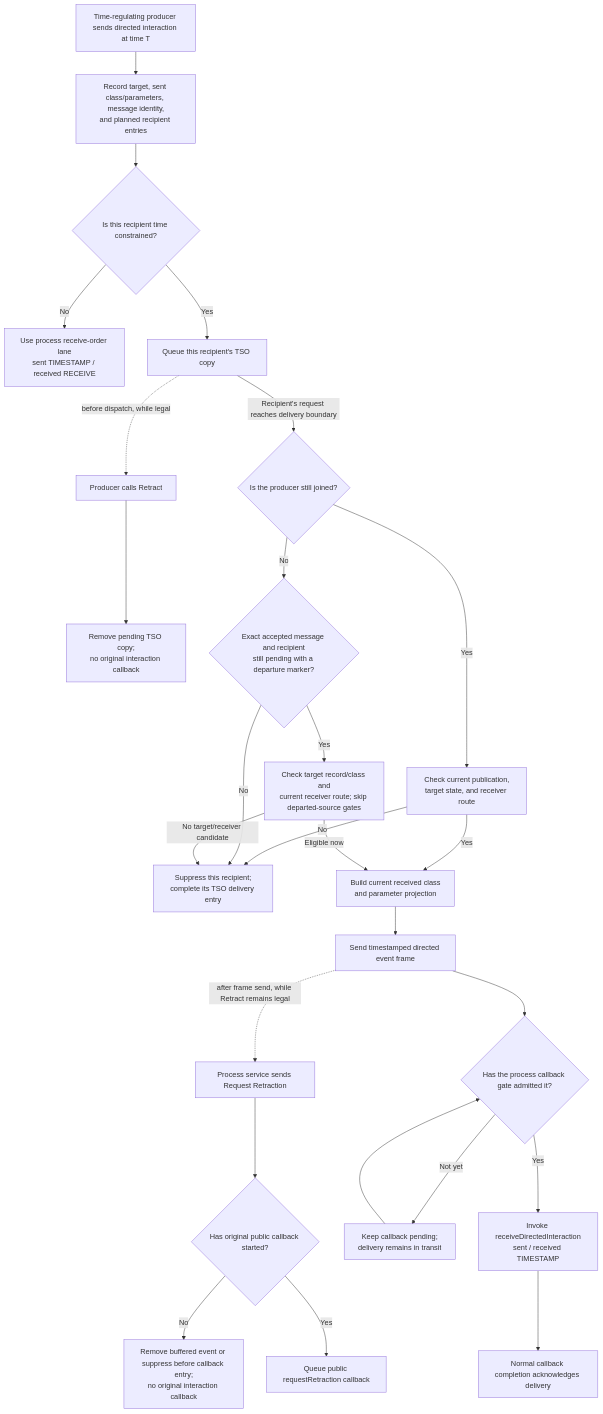
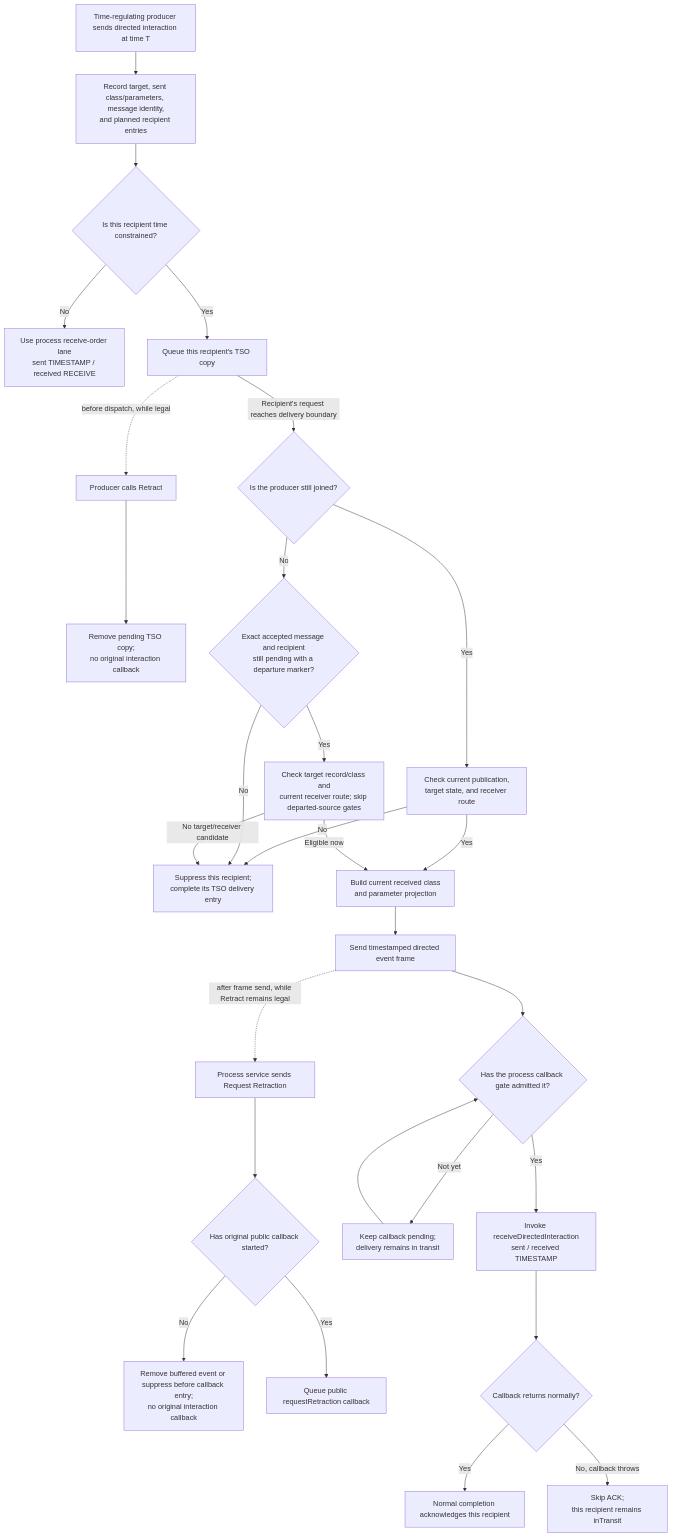
The eighth of 9 diagrams in docs/design/HLA-2025-DIRECTED-INTERACTION-FLOW-GUIDE.md (sheepfling/umbra), drawn with Mermaid before and after one commit. The commit also changed other lines of this file and 39 other files, not shown here.

Commit message:
Document IEEE 1516.1-2025 behavior flows

````diff
--- a/docs/design/HLA-2025-DIRECTED-INTERACTION-FLOW-GUIDE.md
+++ b/docs/design/HLA-2025-DIRECTED-INTERACTION-FLOW-GUIDE.md
@@ -452,29 +518,31 @@
 ```mermaid
 flowchart TD
   Send[Time-regulating producer sends directed interaction at time T]
   Send --> Save[Record target, sent class/parameters, message identity,<br/>and planned recipient entries]
   Save --> Classify{Is this recipient time constrained?}
   Classify -->|No| ReceiveOrder[Use process receive-order lane<br/>sent TIMESTAMP / received RECEIVE]
   Classify -->|Yes| Queue[Queue this recipient's TSO copy]
   Queue -->|Recipient's request reaches delivery boundary| Recheck{Is the producer still joined?}
   Queue -. before dispatch, while legal .-> Retract[Producer calls Retract]
   Retract --> Remove[Remove pending TSO copy;<br/>no original interaction callback]
   Recheck -->|Yes| Joined[Check current publication,<br/>target state, and receiver route]
   Joined -->|No| Suppress[Suppress this recipient;<br/>complete its TSO delivery entry]
   Joined -->|Yes| Project[Build current received class<br/>and parameter projection]
   Recheck -->|No| Ledger{Exact accepted message and recipient<br/>still pending with a departure marker?}
   Ledger -->|No| Suppress
   Ledger -->|Yes| Departed[Check target record/class and<br/>current receiver route; skip departed-source gates]
   Departed -->|No target/receiver candidate| Suppress
   Departed -->|Eligible now| Project
   Project --> Frame[Send timestamped directed event frame]
   Frame -. after frame send, while Retract remains legal .-> RetractFrame[Process service sends Request Retraction]
   RetractFrame --> Started{Has original public callback started?}
   Started -->|No| SuppressOriginal[Remove buffered event or suppress before callback entry;<br/>no original interaction callback]
   Started -->|Yes| NotifyRetraction[Queue public requestRetraction callback]
   Frame --> Gate{Has the process callback gate admitted it?}
   Gate -->|Not yet| Hold[Keep callback pending;<br/>delivery remains in transit]
   Hold --> Gate
   Gate -->|Yes| Callback[Invoke receiveDirectedInteraction<br/>sent / received TIMESTAMP]
-  Callback --> Ack[Normal callback completion acknowledges delivery]
+  Callback --> Result{Callback returns normally?}
+  Result -->|Yes| Ack[Normal completion acknowledges this recipient]
+  Result -->|No, callback throws| NoAck[Skip ACK;<br/>this recipient remains inTransit]
 ```
````
